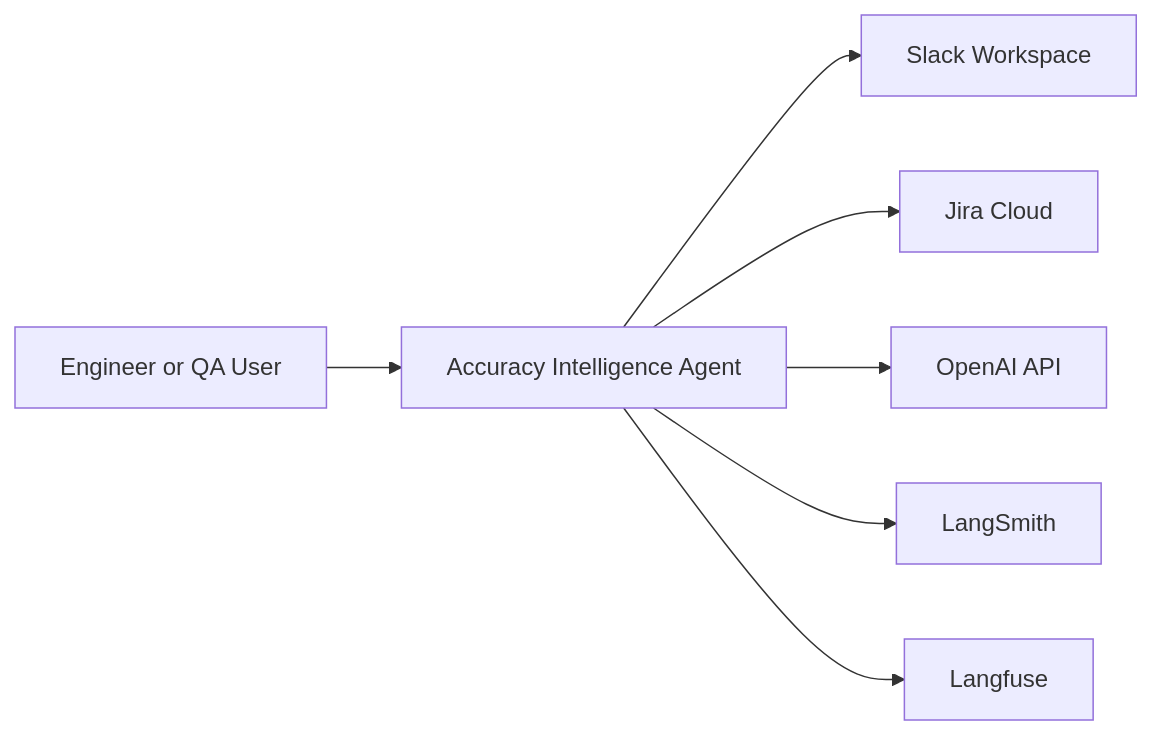
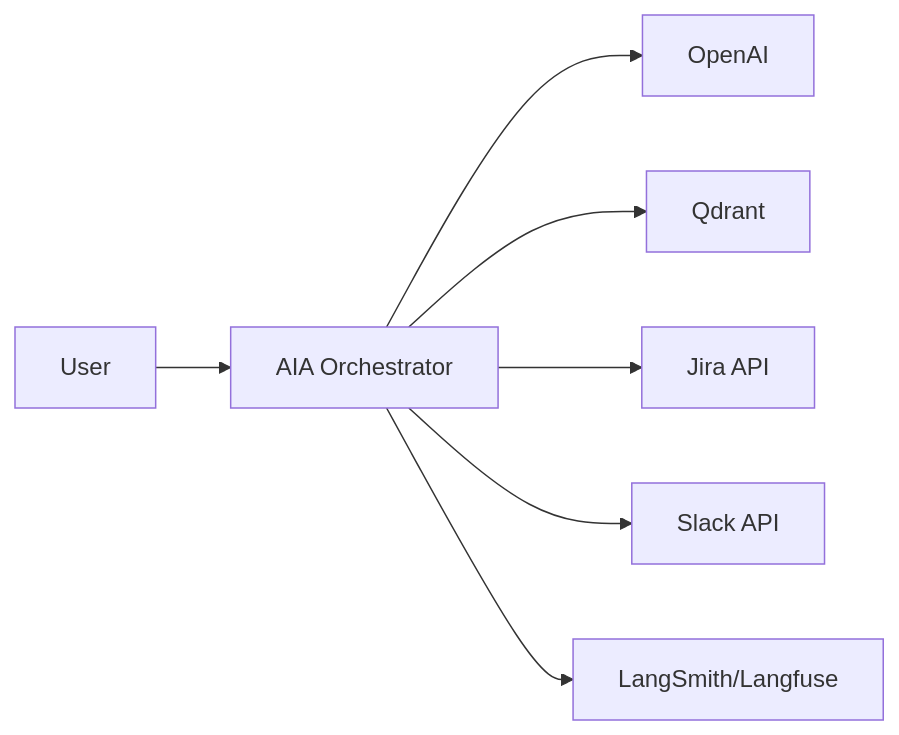
One commit to thanhit08/aiagt-aia changed the first of 6 diagrams in docs/diagram.md. Above: the diagram before and after it, drawn with Mermaid. The commit also changed other lines of this file and 18 other files, not shown here.

Commit message:
Generalize docs to full Jira/Slack action catalog orchestration

````diff
--- a/docs/diagram.md
+++ b/docs/diagram.md
@@ -9,17 +8,9 @@
 ```mermaid
 flowchart LR
-    User[Engineer or QA User]
-    AIA[Accuracy Intelligence Agent]
-    Slack[Slack Workspace]
-    Jira[Jira Cloud]
-    OpenAI[OpenAI API]
-    LangSmith[LangSmith]
-    Langfuse[Langfuse]
-
-    User --> AIA
-    AIA --> Slack
-    AIA --> Jira
-    AIA --> OpenAI
-    AIA --> LangSmith
-    AIA --> Langfuse
+    User[User] --> AIA[AIA Orchestrator]
+    AIA --> OpenAI[OpenAI]
+    AIA --> Qdrant[Qdrant]
+    AIA --> Jira[Jira API]
+    AIA --> Slack[Slack API]
+    AIA --> Obs[LangSmith/Langfuse]
 ```
````
